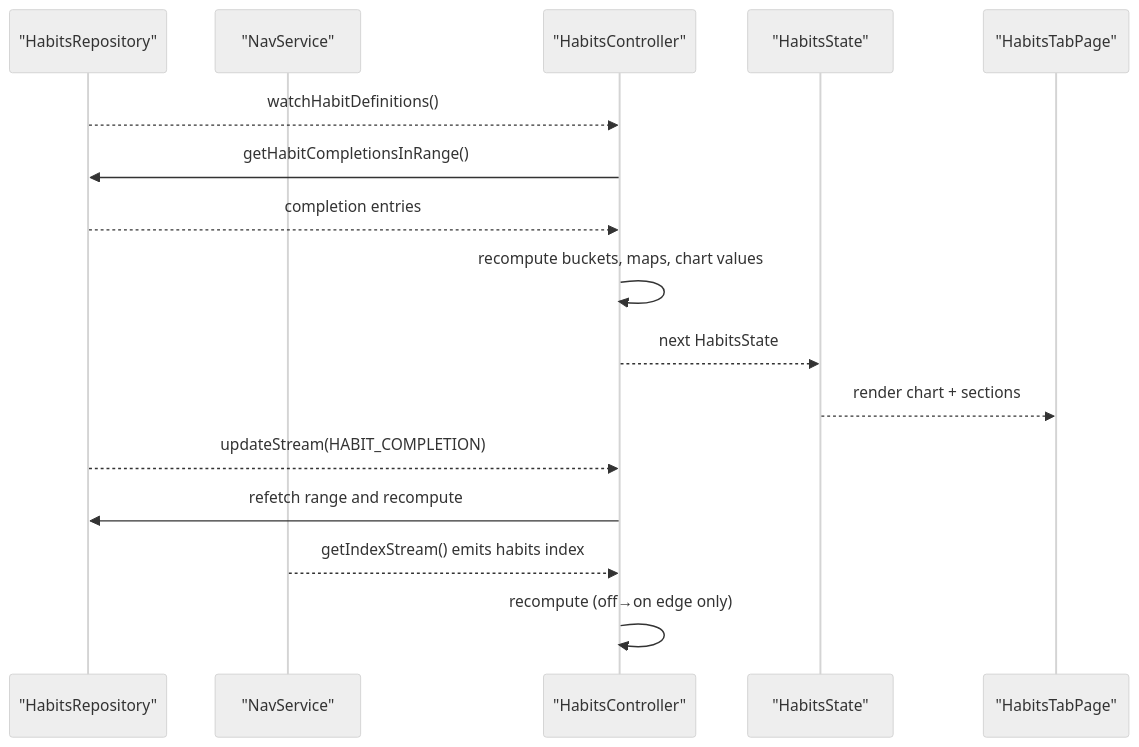
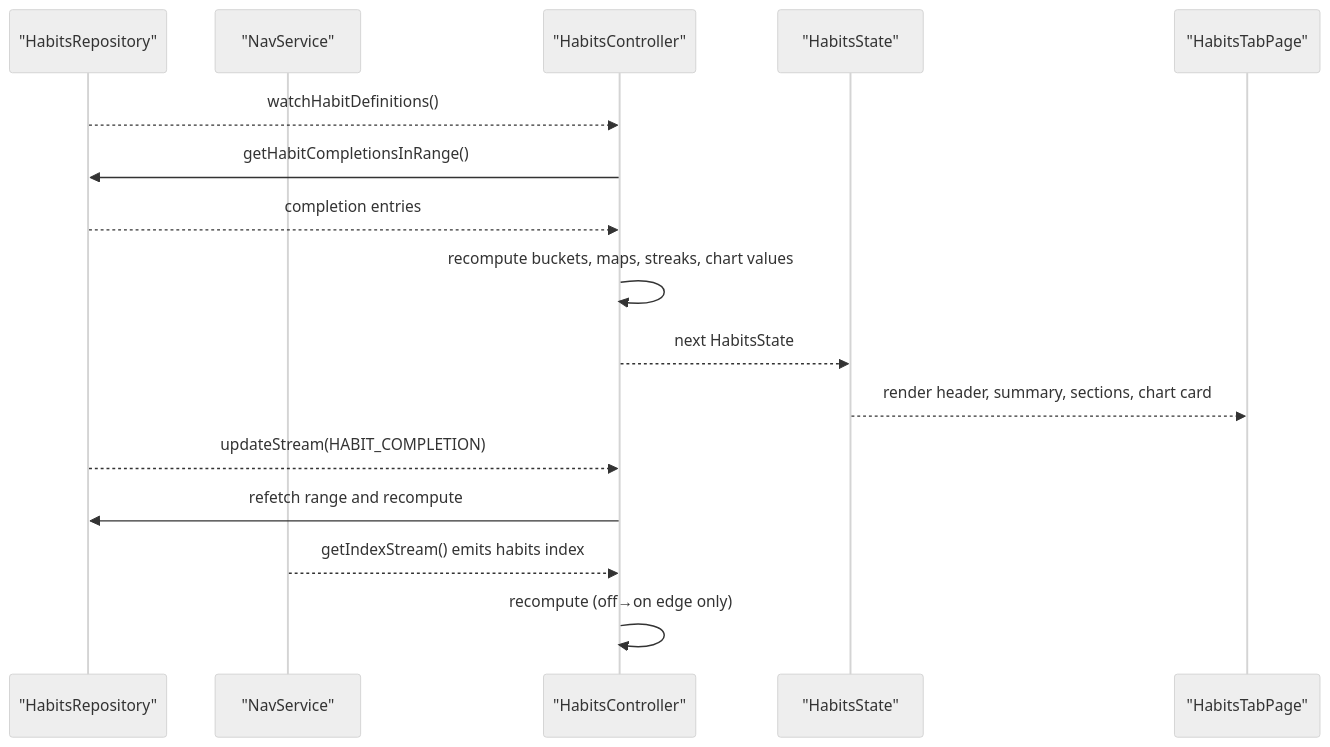
The fourth of 8 diagrams in lib/features/habits/README.md (matthiasn/lotti), drawn with Mermaid (neutral theme) before and after one commit. The commit also changed other lines of this file and 65 other files, not shown here.

````diff
--- a/lib/features/habits/README.md
+++ b/lib/features/habits/README.md
@@ -188,19 +267,19 @@
 ```mermaid
 sequenceDiagram
   participant Repo as "HabitsRepository"
   participant Nav as "NavService"
   participant Ctrl as "HabitsController"
   participant State as "HabitsState"
   participant UI as "HabitsTabPage"
 
   Repo-->>Ctrl: watchHabitDefinitions()
   Ctrl->>Repo: getHabitCompletionsInRange()
   Repo-->>Ctrl: completion entries
-  Ctrl->>Ctrl: recompute buckets, maps, chart values
+  Ctrl->>Ctrl: recompute buckets, maps, streaks, chart values
   Ctrl-->>State: next HabitsState
-  State-->>UI: render chart + sections
+  State-->>UI: render header, summary, sections, chart card
   Repo-->>Ctrl: updateStream(HABIT_COMPLETION)
   Ctrl->>Repo: refetch range and recompute
   Nav-->>Ctrl: getIndexStream() emits habits index
   Ctrl->>Ctrl: recompute (off→on edge only)
 ```
````
